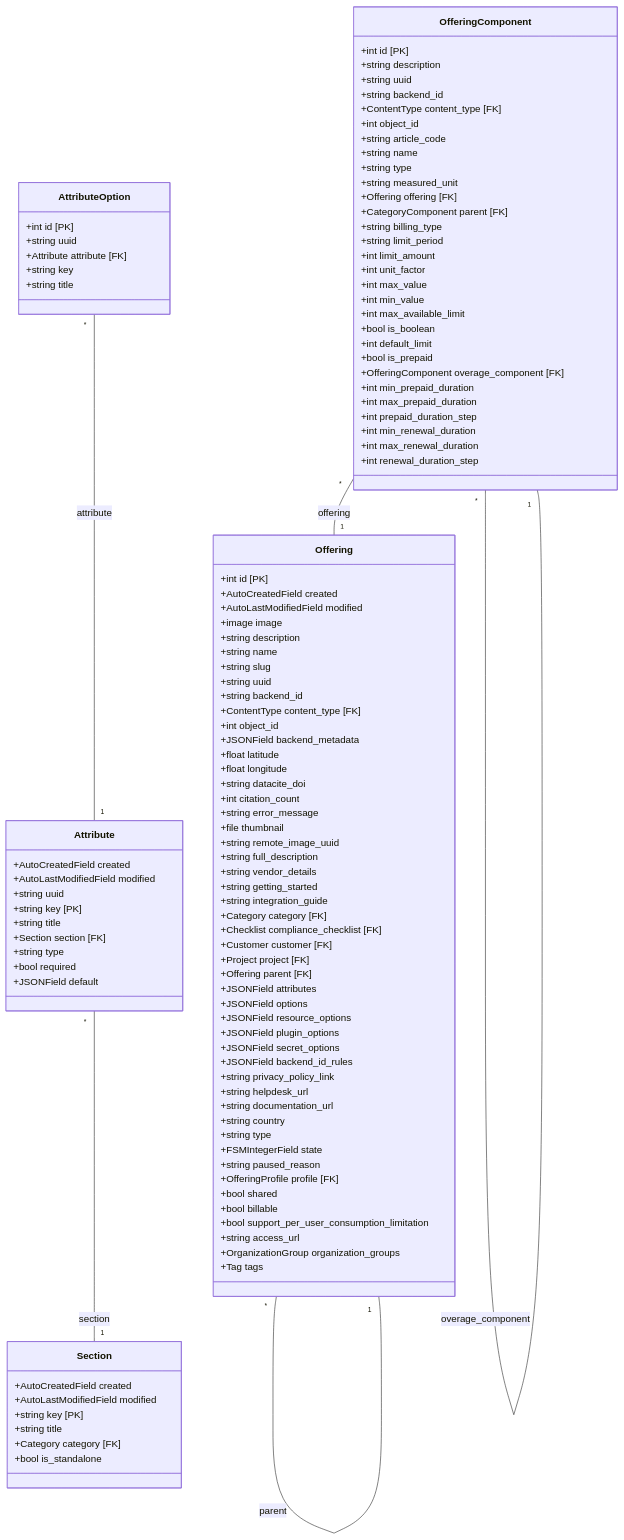
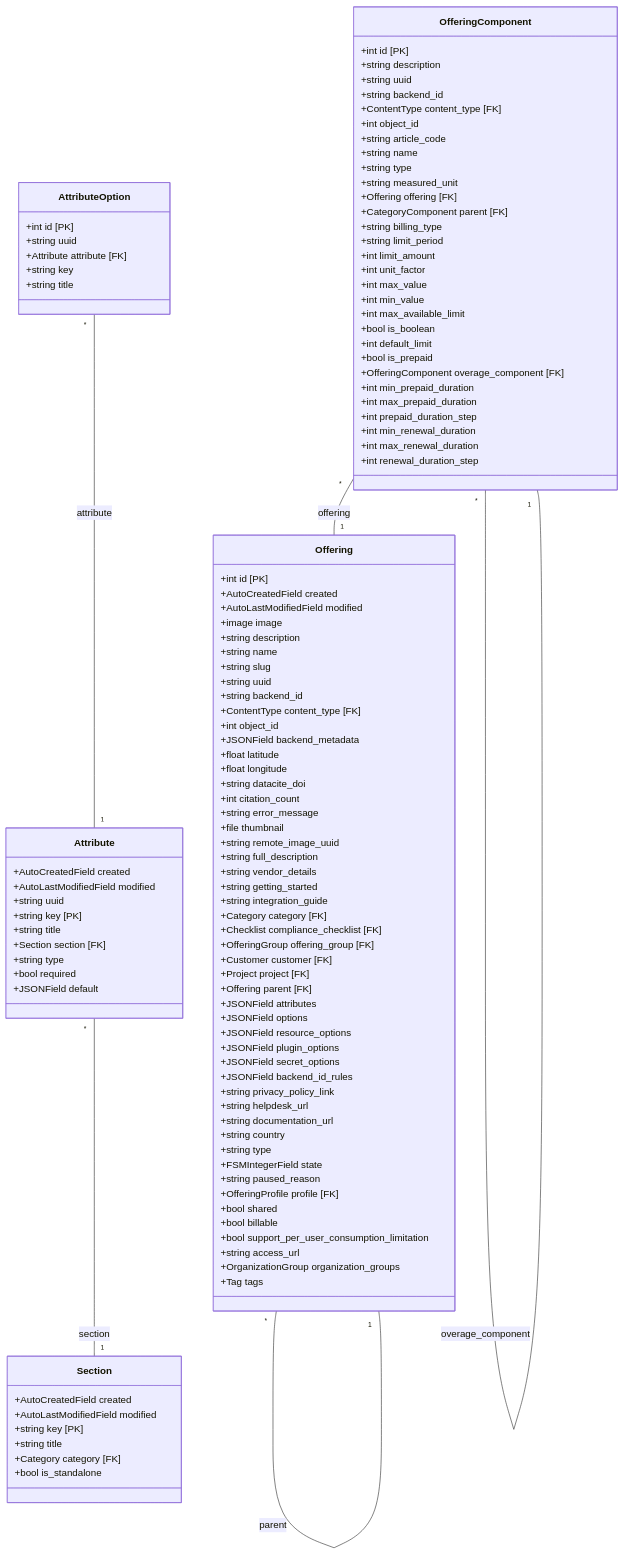
One commit to waldur/waldur-mastermind changed the diagram in docs/marketplace_catalog.mmd. Above: the diagram before and after it, drawn with Mermaid. The commit also changed 2 other files, not shown here.

```diff
--- a/docs/marketplace_catalog.mmd
+++ b/docs/marketplace_catalog.mmd
@@ -1,114 +1,115 @@
 classDiagram
     direction TB
     class Section {
         +AutoCreatedField created
         +AutoLastModifiedField modified
         +string key [PK]
         +string title
         +Category category [FK]
         +bool is_standalone
     }
     class Attribute {
         +AutoCreatedField created
         +AutoLastModifiedField modified
         +string uuid
         +string key [PK]
         +string title
         +Section section [FK]
         +string type
         +bool required
         +JSONField default
     }
     class AttributeOption {
         +int id [PK]
         +string uuid
         +Attribute attribute [FK]
         +string key
         +string title
     }
     class Offering {
         +int id [PK]
         +AutoCreatedField created
         +AutoLastModifiedField modified
         +image image
         +string description
         +string name
         +string slug
         +string uuid
         +string backend_id
         +ContentType content_type [FK]
         +int object_id
         +JSONField backend_metadata
         +float latitude
         +float longitude
         +string datacite_doi
         +int citation_count
         +string error_message
         +file thumbnail
         +string remote_image_uuid
         +string full_description
         +string vendor_details
         +string getting_started
         +string integration_guide
         +Category category [FK]
         +Checklist compliance_checklist [FK]
+        +OfferingGroup offering_group [FK]
         +Customer customer [FK]
         +Project project [FK]
         +Offering parent [FK]
         +JSONField attributes
         +JSONField options
         +JSONField resource_options
         +JSONField plugin_options
         +JSONField secret_options
         +JSONField backend_id_rules
         +string privacy_policy_link
         +string helpdesk_url
         +string documentation_url
         +string country
         +string type
         +FSMIntegerField state
         +string paused_reason
         +OfferingProfile profile [FK]
         +bool shared
         +bool billable
         +bool support_per_user_consumption_limitation
         +string access_url
         +OrganizationGroup organization_groups
         +Tag tags
     }
     class OfferingComponent {
         +int id [PK]
         +string description
         +string uuid
         +string backend_id
         +ContentType content_type [FK]
         +int object_id
         +string article_code
         +string name
         +string type
         +string measured_unit
         +Offering offering [FK]
         +CategoryComponent parent [FK]
         +string billing_type
         +string limit_period
         +int limit_amount
         +int unit_factor
         +int max_value
         +int min_value
         +int max_available_limit
         +bool is_boolean
         +int default_limit
         +bool is_prepaid
         +OfferingComponent overage_component [FK]
         +int min_prepaid_duration
         +int max_prepaid_duration
         +int prepaid_duration_step
         +int min_renewal_duration
         +int max_renewal_duration
         +int renewal_duration_step
     }
     Attribute "*" -- "1" Section : section
     AttributeOption "*" -- "1" Attribute : attribute
     Offering "*" -- "1" Offering : parent
     OfferingComponent "*" -- "1" Offering : offering
     OfferingComponent "*" -- "1" OfferingComponent : overage_component
```
